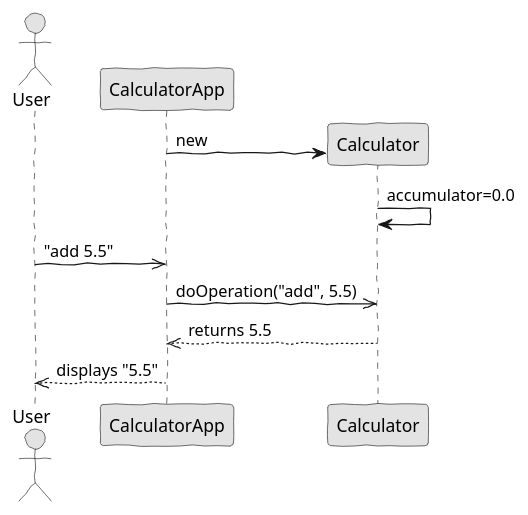
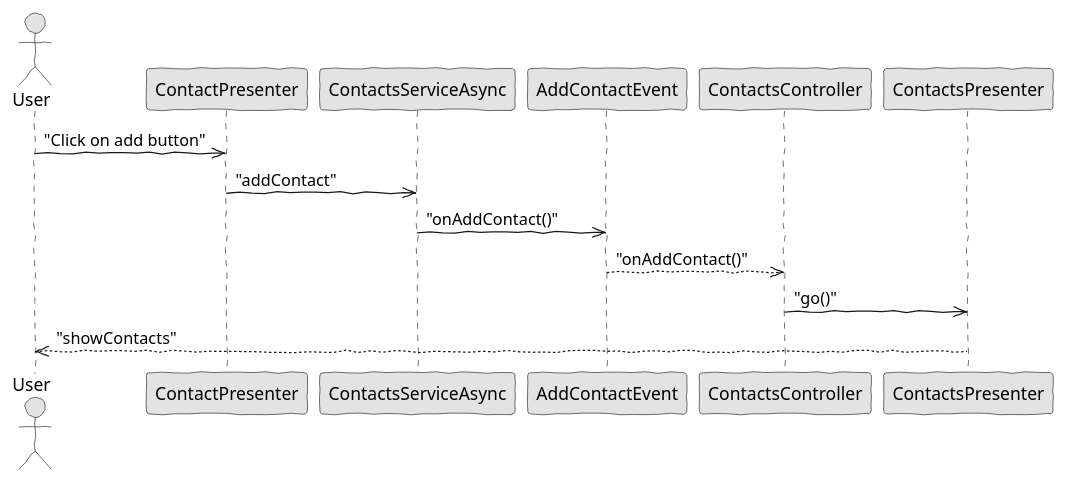
Before and after one commit to Wultyc/ISEP_2021_1A1S_ODSOFT: the diagram in cms-students/src/main/puml/com/twu/calculator/sequence-diagram.puml, drawn with PlantUML.

Commit message:
sequence diagram

```diff
--- a/cms-students/src/main/puml/com/twu/calculator/sequence-diagram.puml
+++ b/cms-students/src/main/puml/com/twu/calculator/sequence-diagram.puml
@@ -1,22 +1,24 @@
 @startuml class-diagram.png
-skinparam handwritten true
-skinparam monochrome true
-skinparam packageStyle rect
-skinparam defaultFontName FG Virgil
-skinparam shadowing false
+ skinparam handwritten true
+ skinparam monochrome true
+ skinparam packageStyle rect
+ skinparam defaultFontName FG Virgil
+ skinparam shadowing false
 
-actor User
-participant CalculatorApp
-participant Calculator
+ actor User
+ participant ContactPresenter
+ participant ContactsServiceAsync
+ participant AddContactEvent
+ participant ContactsController
 
-create Calculator
-CalculatorApp -> Calculator : new
-Calculator -> Calculator : accumulator=0.0
+ User ->> ContactPresenter : "Click on add button"
+ ContactPresenter ->> ContactsServiceAsync : "addContact"
 
-User ->> CalculatorApp : "add 5.5"
-CalculatorApp ->> Calculator : doOperation("add", 5.5)
-CalculatorApp <<-- Calculator : returns 5.5
-User <<-- CalculatorApp : displays "5.5"
+ ContactsServiceAsync ->> AddContactEvent : "onAddContact()"
+
+ ContactsController <<-- AddContactEvent : "onAddContact()"
+ ContactsController ->> ContactsPresenter : "go()"
+ User <<-- ContactsPresenter : "showContacts"
 
 
 @enduml
```
